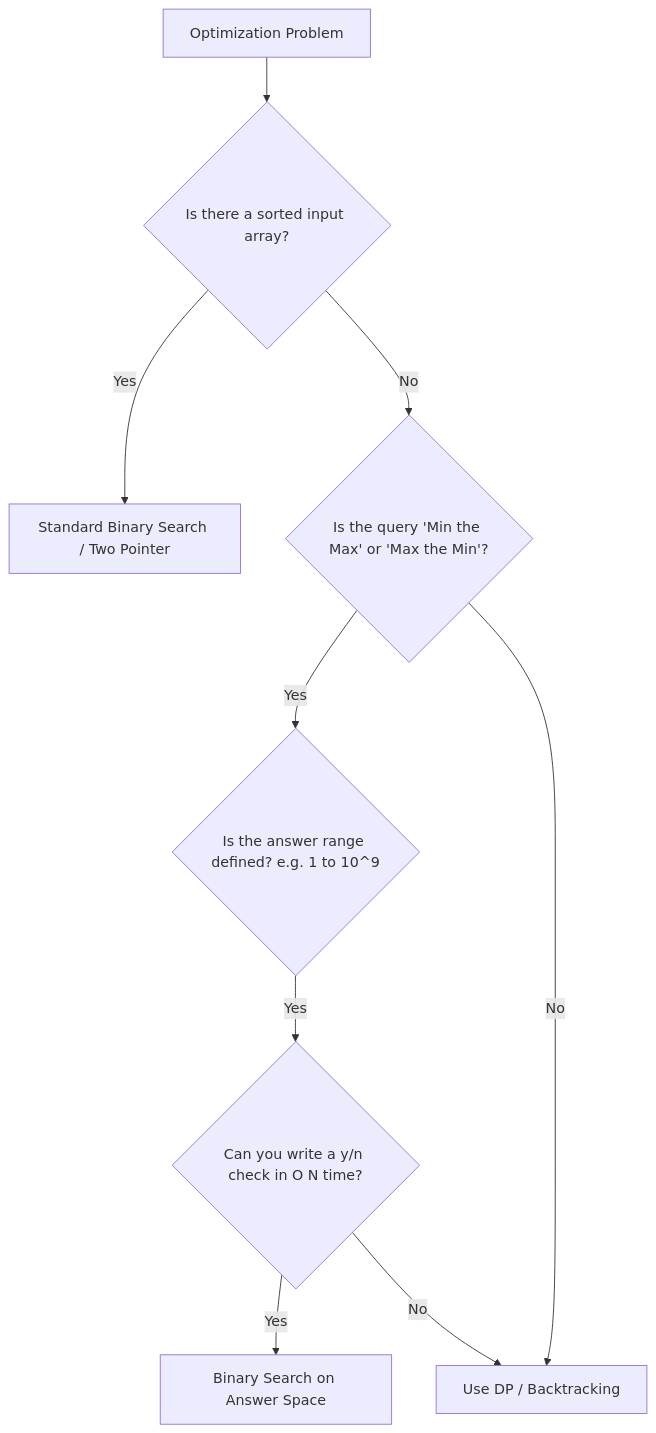
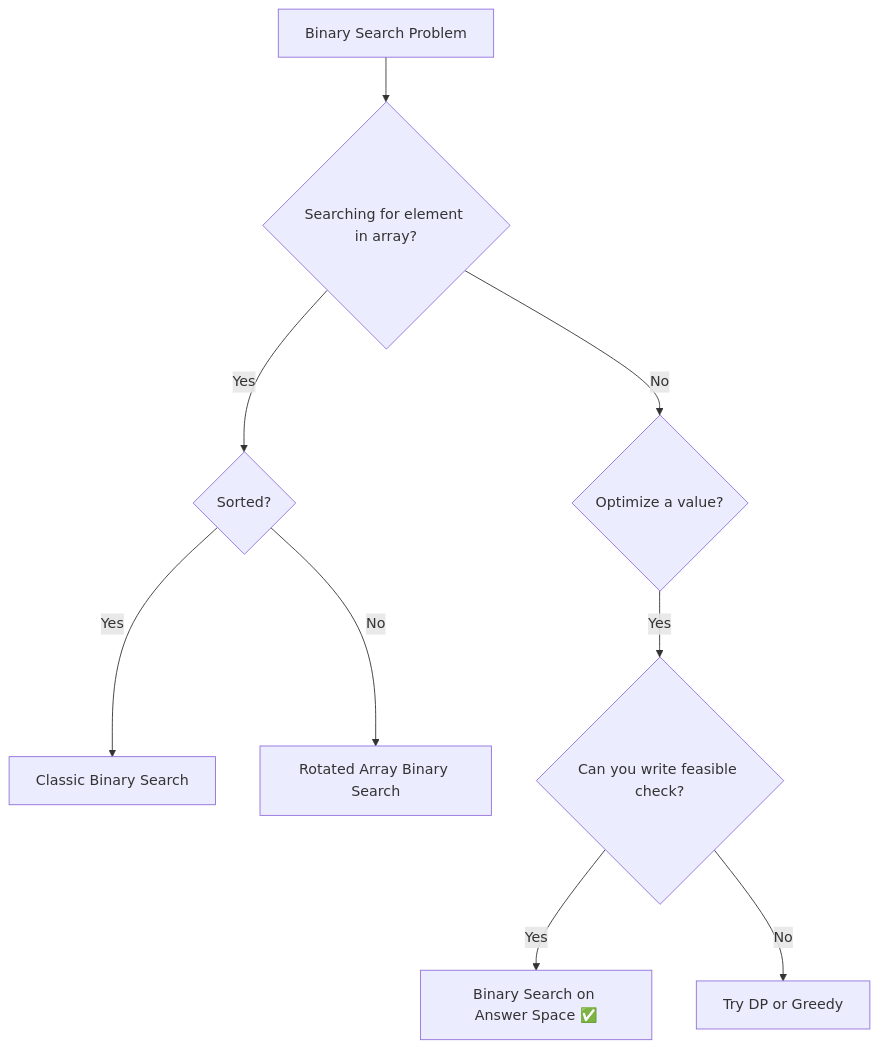
One commit to Omkar4112/Placement-Preparation-Hub changed the fourth of 7 diagrams in Ultimate_DSA_Placement_Handbook.md. Above: the diagram before and after it, drawn with Mermaid. The commit also changed other lines of this file, not shown here.

````diff
--- a/Ultimate_DSA_Placement_Handbook.md
+++ b/Ultimate_DSA_Placement_Handbook.md
@@ -1266,11 +910,11 @@
 ```mermaid
 graph TD
-    Start[Optimization Problem] --> A{Is there a sorted input array?}
-    A -- Yes --> B[Standard Binary Search / Two Pointer]
-    A -- No --> C{Is the query 'Min the Max' or 'Max the Min'?}
-    C -- Yes --> D{Is the answer range defined? e.g. 1 to 10^9}
-    D -- Yes --> E{Can you write a y/n check in O N time?}
-    E -- Yes --> F[Binary Search on Answer Space]
-    E -- No --> G[Use DP / Backtracking]
-    C -- No --> G
+    A[Binary Search Problem] --> B{Searching for element in array?}
+    B -- Yes --> C{Sorted?}
+    C -- Yes --> D[Classic Binary Search]
+    C -- No --> E[Rotated Array Binary Search]
+    B -- No --> F{Optimize a value?}
+    F -- Yes --> G{Can you write feasible check?}
+    G -- Yes --> H[Binary Search on Answer Space ✅]
+    G -- No --> I[Try DP or Greedy]
 ```
````
